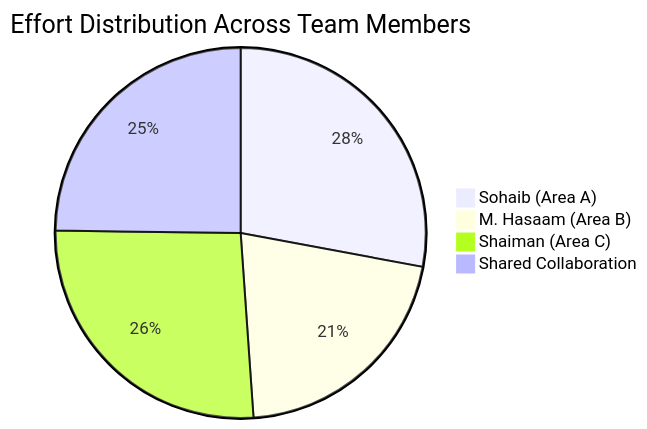
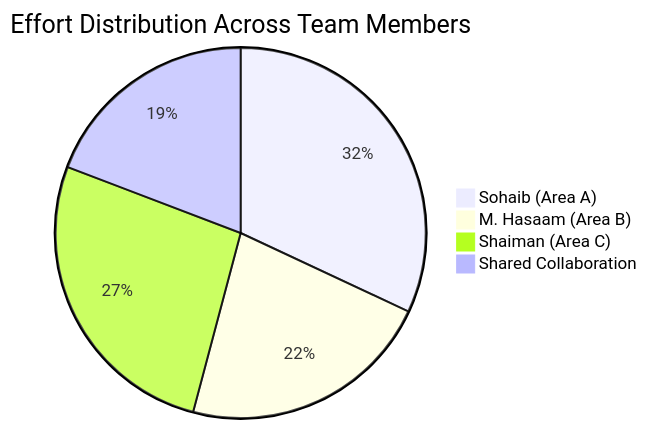
One commit to sohaibAkhlaq/sqe_pretix_project changed the second of 2 diagrams in docs/estimation.md. Above: the diagram before and after it, drawn with Mermaid. The commit also changed other lines of this file and 92 other files, not shown here.

````diff
--- a/docs/estimation.md
+++ b/docs/estimation.md
@@ -142,7 +142,7 @@
 ```mermaid
 pie title Effort Distribution Across Team Members
-    "Sohaib (Area A)" : 60.5
-    "M. Hasaam (Area B)" : 45.4
-    "Shaiman (Area C)" : 57.0
-    "Shared Collaboration" : 53.7
+    "Sohaib (Area A)" : 72.83
+    "M. Hasaam (Area B)" : 50.50
+    "Shaiman (Area C)" : 60.75
+    "Shared Collaboration" : 43.75
 ```
````
